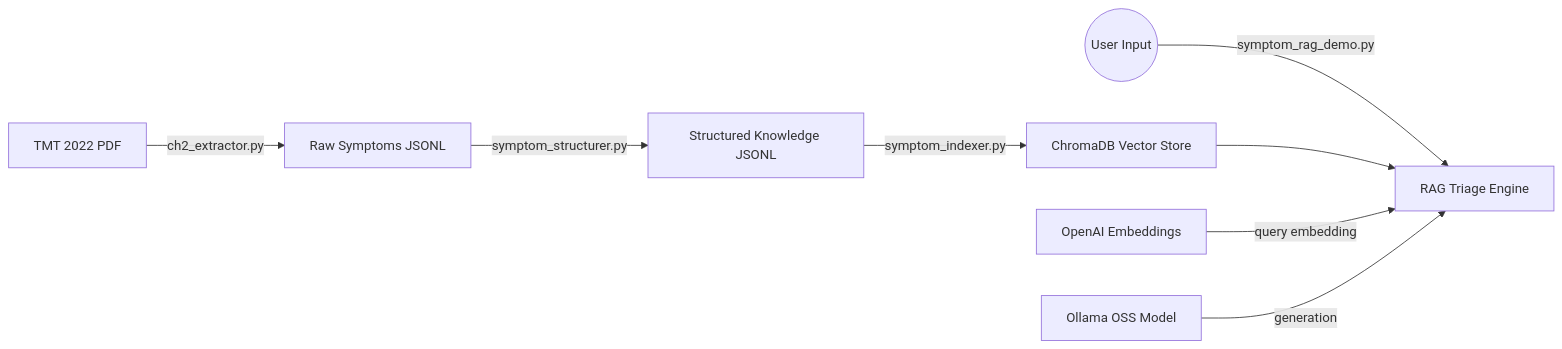
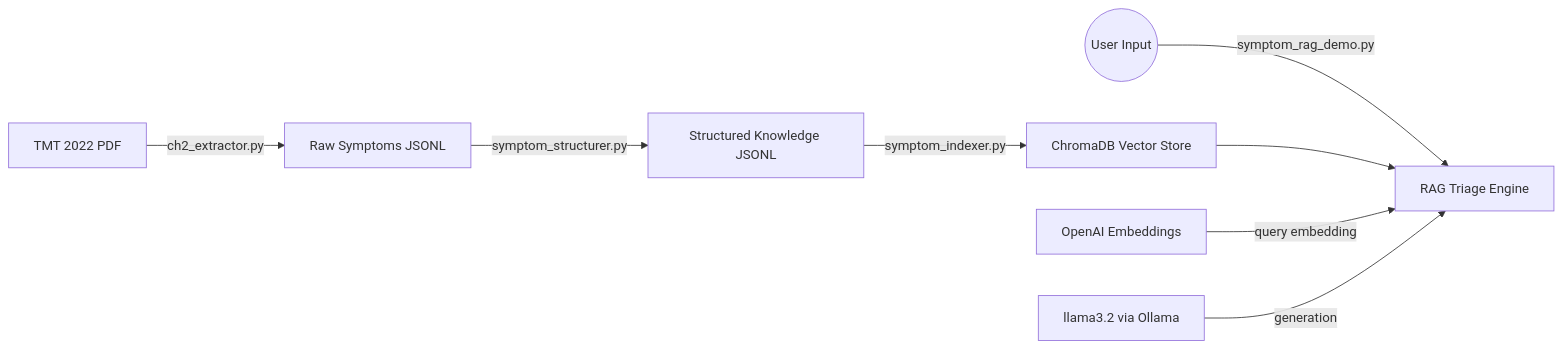
Before and after one commit to KarimHabbal1/Medora: the diagram in README.md, drawn with Mermaid. The commit also changed other lines of this file and 1 other file, not shown here.

Commit message:
Update to use llama3.2 as the OSS baseline model

````diff
--- a/README.md
+++ b/README.md
@@ -49,10 +57,10 @@
 ```mermaid
 graph LR
     A[TMT 2022 PDF] -->|ch2_extractor.py| B[Raw Symptoms JSONL]
     B -->|symptom_structurer.py| C[Structured Knowledge JSONL]
     C -->|symptom_indexer.py| D[ChromaDB Vector Store]
     User((User Input)) -->|symptom_rag_demo.py| E[RAG Triage Engine]
     D --> E
     OAI[OpenAI Embeddings] -->|query embedding| E
-    Ollama[Ollama OSS Model] -->|generation| E
+    Ollama[llama3.2 via Ollama] -->|generation| E
 ```
````
